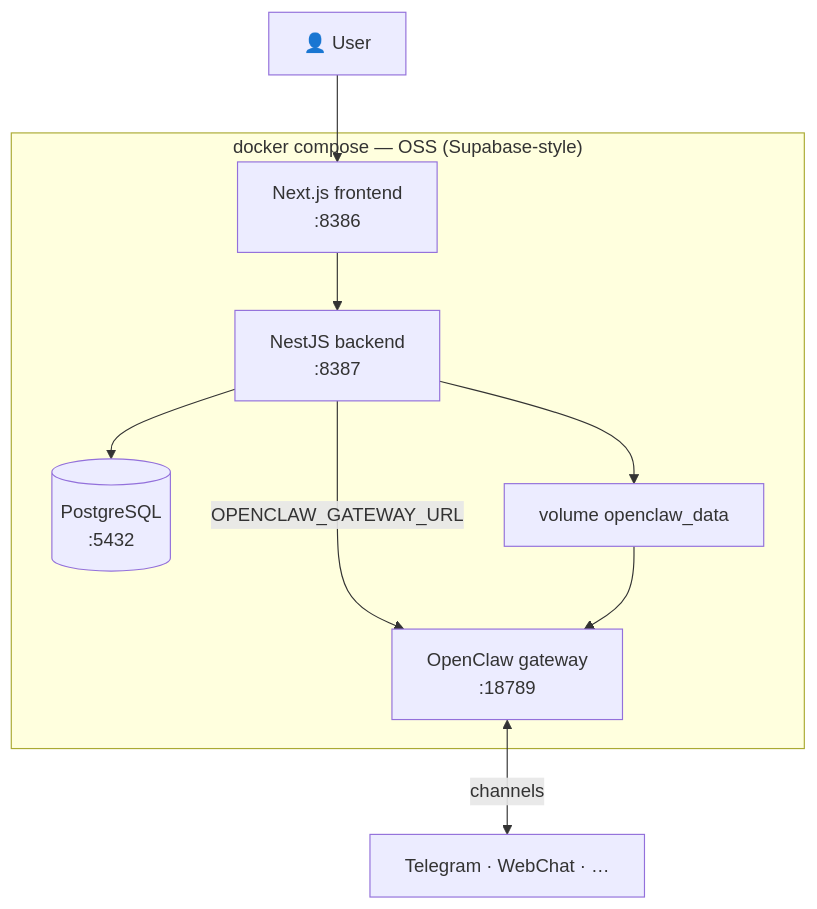
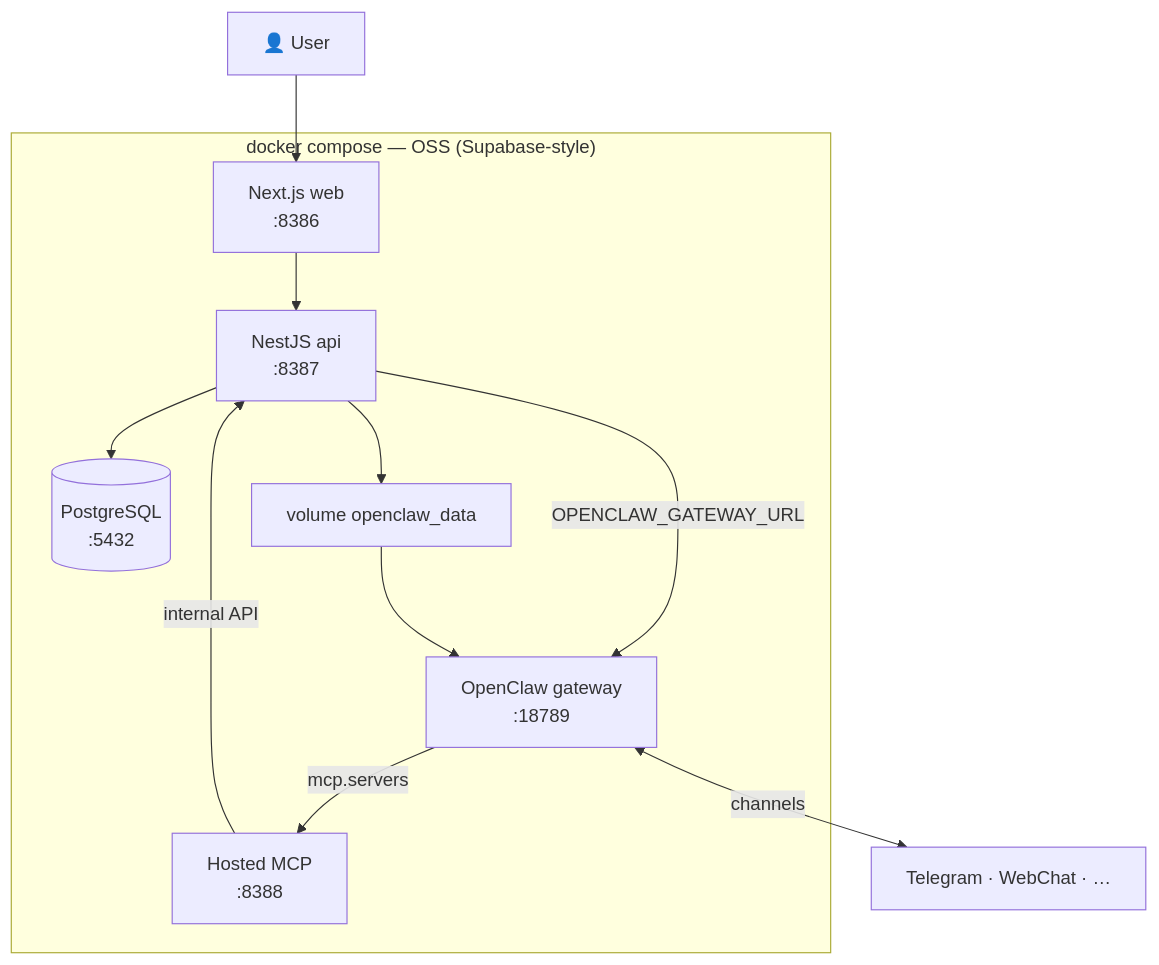
Before and after one commit to mankhb2k/claw-dashboard: the fourth of 17 diagrams in workflow.md, drawn with Mermaid. The commit also changed other lines of this file and 418 other files, not shown here.

````diff
--- a/workflow.md
+++ b/workflow.md
@@ -182,17 +204,20 @@
 ```mermaid
 flowchart TB
     subgraph Compose["docker compose — OSS (Supabase-style)"]
-        FE["Next.js frontend\n:8386"]
-        API["NestJS backend\n:8387"]
+        FE["Next.js web\n:8386"]
+        API["NestJS api\n:8387"]
         DB[("PostgreSQL\n:5432")]
+        MCP["Hosted MCP\n:8388"]
         GW["OpenClaw gateway\n:18789"]
         VOL["volume openclaw_data"]
         FE --> API --> DB
         API --> VOL
         API -->|"OPENCLAW_GATEWAY_URL"| GW
         VOL --> GW
+        GW -->|"mcp.servers"| MCP
+        MCP -->|"internal API"| API
     end
 
     U["👤 User"] --> FE
     GW <-->|channels| CHAT["Telegram · WebChat · …"]
 ```
````
